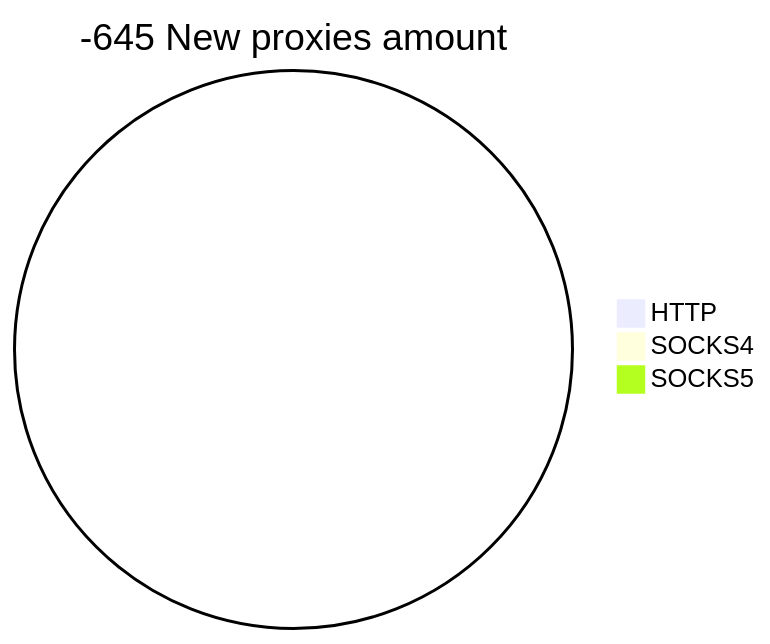
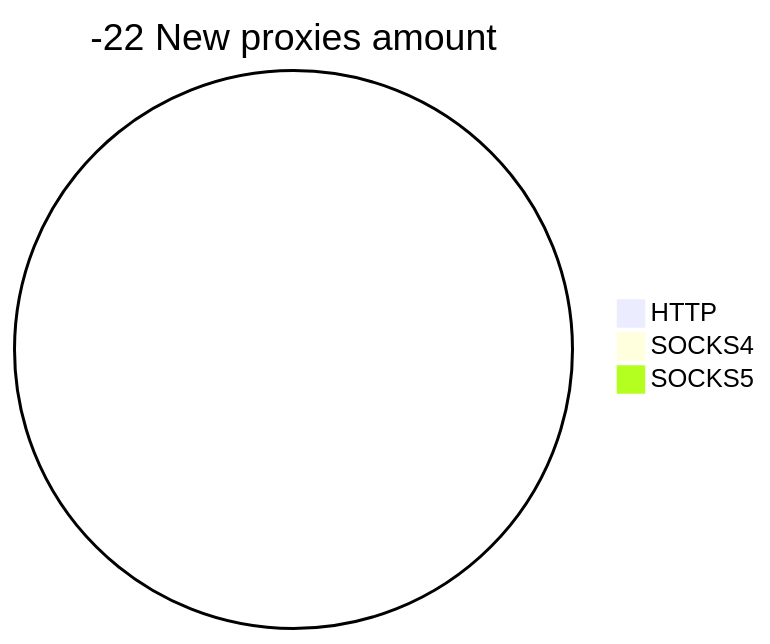
Before and after one commit to cutipu/proxylist: the second of 2 diagrams in README.md, drawn with Mermaid. The commit also changed other lines of this file, not shown here.

````diff
--- a/README.md
+++ b/README.md
@@ -10,6 +10,6 @@
 ```mermaid
-pie title -645 New proxies amount
+pie title -22 New proxies amount
     "HTTP" : 0
     "SOCKS4" : 0
     "SOCKS5" : 0
 ```
````
